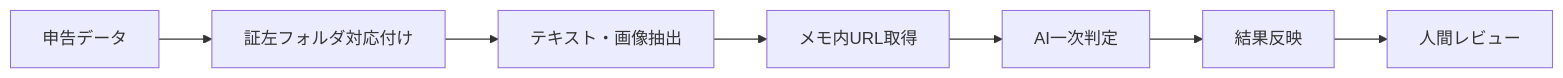
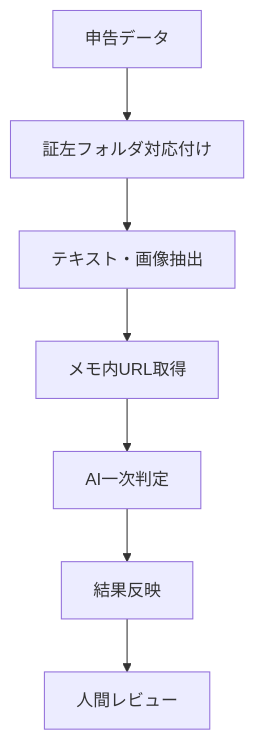
The first of 2 diagrams in articles/ai-evidence-judgment.md (fuzzy31u/zenn-content), drawn with Mermaid before and after one commit. The commit also changed other lines of this file, not shown here.

````diff
--- a/articles/ai-evidence-judgment.md
+++ b/articles/ai-evidence-judgment.md
@@ -92,9 +85,12 @@
 ```mermaid
-flowchart LR
-  A["申告データ"] --> B["証左フォルダ対応付け"]
-  B --> C["テキスト・画像抽出"]
-  C --> D["メモ内URL取得"]
-  D --> E["AI一次判定"]
-  E --> F["結果反映"]
-  F --> G["人間レビュー"]
+flowchart TB
+  A["申告データ"]
+  B["証左フォルダ対応付け"]
+  C["テキスト・画像抽出"]
+  D["メモ内URL取得"]
+  E["AI一次判定"]
+  F["結果反映"]
+  G["人間レビュー"]
+
+  A --> B --> C --> D --> E --> F --> G
 ```
````
